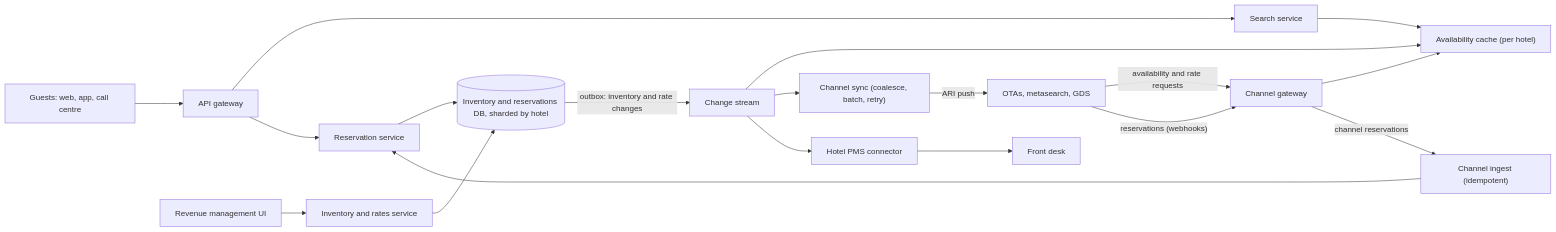
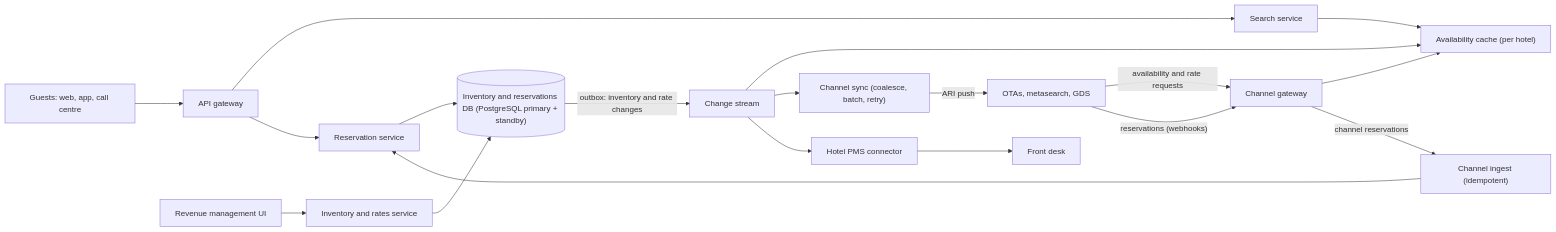
The first of 2 diagrams in content/lessons/m17/m17-hotel-reservation.md (rizwi0786/system-design-lab), drawn with Mermaid before and after one commit. The commit also changed other lines of this file and 334 other files, not shown here.

````diff
--- a/content/lessons/m17/m17-hotel-reservation.md
+++ b/content/lessons/m17/m17-hotel-reservation.md
@@ -249,21 +249,21 @@
 ```mermaid
 flowchart LR
   G["Guests: web, app, call centre"] --> GW["API gateway"]
   OTA["OTAs, metasearch, GDS"] -->|"availability and rate requests"| CH["Channel gateway"]
   OTA -->|"reservations (webhooks)"| CH
   GW --> SR["Search service"]
   SR --> AC["Availability cache (per hotel)"]
   CH --> AC
   GW --> RS["Reservation service"]
   CH -->|"channel reservations"| ING["Channel ingest (idempotent)"]
   ING --> RS
-  RS --> DB[("Inventory and reservations DB, sharded by hotel")]
+  RS --> DB[("Inventory and reservations DB (PostgreSQL primary + standby)")]
   RM["Revenue management UI"] --> INV["Inventory and rates service"]
   INV --> DB
   DB -->|"outbox: inventory and rate changes"| BUS["Change stream"]
   BUS --> AC
   BUS --> SYNC["Channel sync (coalesce, batch, retry)"]
   SYNC -->|"ARI push"| OTA
   BUS --> PMS["Hotel PMS connector"]
   PMS --> FD["Front desk"]
 ```
````
